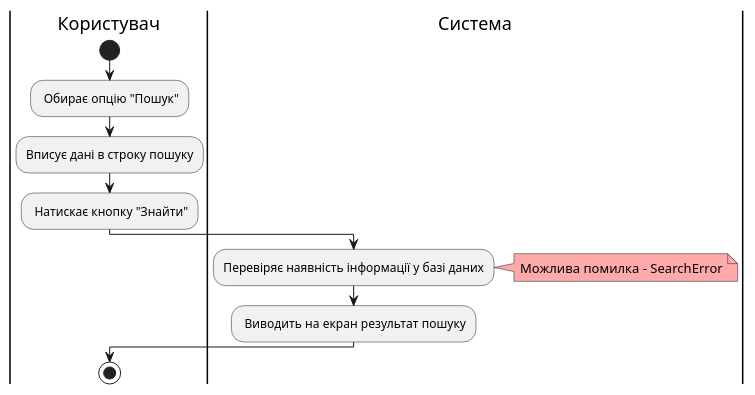
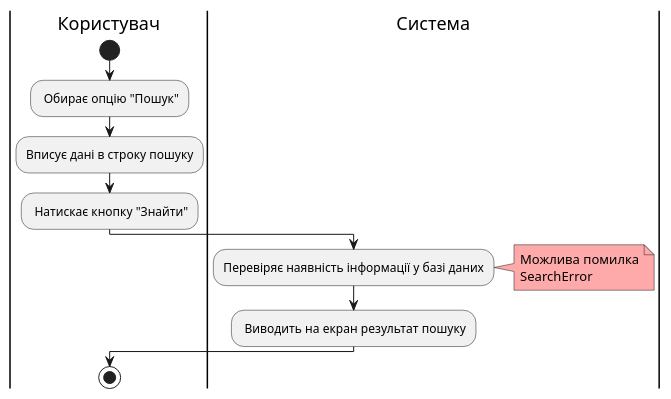
Before and after one commit to stvake/database_group2: the seventh of 14 diagrams in docs/use cases/README.md, drawn with PlantUML. The commit also changed other lines of this file, not shown here.

```diff
--- a/docs/use cases/README.md
+++ b/docs/use cases/README.md
@@ -284,18 +298,20 @@
 @startuml
 
     |Користувач|
     start
     : Обирає опцію "Пошук";
     :Вписує дані в строку пошуку;
     : Натискає кнопку "Знайти";
+    
     |Система| 
     :Перевіряє наявність інформації у базі даних;
     note right #ffaaaa
-        Можлива помилка - SearchError
+        Можлива помилка
+        SearchError
     end note
     : Виводить на екран результат пошуку;
 
     |Користувач|
     stop
 
 @enduml
```
